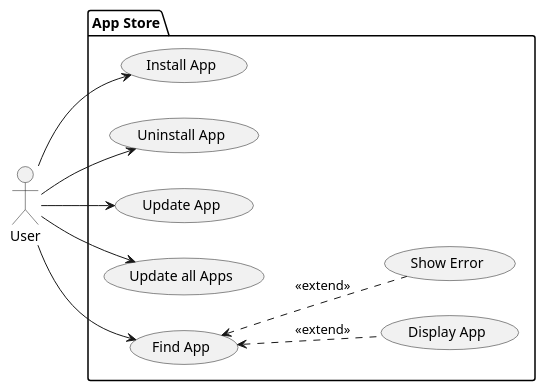
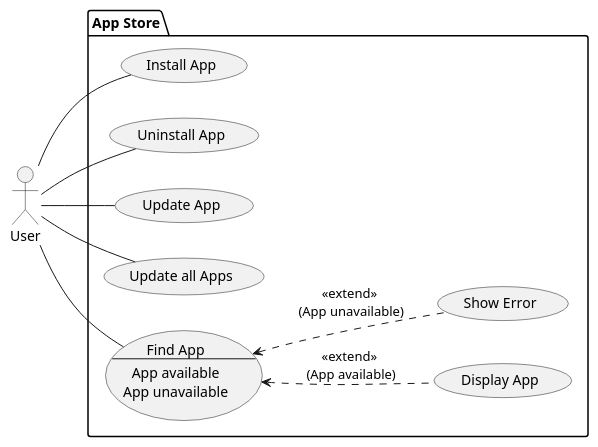
One commit to notfirefox/swea-project changed the diagram in src/appstore_usecases.puml. Above: the diagram before and after it, drawn with PlantUML.

Commit message:
Update use case diagram

```diff
--- a/src/appstore_usecases.puml
+++ b/src/appstore_usecases.puml
@@ -1,27 +1,31 @@
 @startuml
 
 actor User as user
 
 package "App Store" {
     left to right direction
 
-    usecase "Install App" as install
-    usecase "Uninstall App" as uninstall
-    usecase "Update App" as update
-    usecase "Update all Apps" as updateAll
-    usecase "Find App" as findApp
+    usecase install as "Install App"
+    usecase uninstall as "Uninstall App"
+    usecase update as "Update App"
+    usecase updateAll as "Update all Apps"
+    usecase findApp as "Find App
+    --
+    App available
+    App unavailable
+    "
 
     usecase "Display App" as displayApp
     usecase "Show Error" as showError
 
-    user -> install
-    user --> uninstall
-    user --> update
-    user --> updateAll
-    user --> findApp
+    user -- install
+    user -- uninstall
+    user -- update
+    user -- updateAll
+    user -- findApp
 
-    findApp <.. displayApp : <<extend>>
-    findApp <.. showError : <<extend>>
+    findApp <.. displayApp : "<<extend>>\n (App available)"
+    findApp <.. showError : "<<extend>>\n (App unavailable)"
 }
 
 @enduml
```
